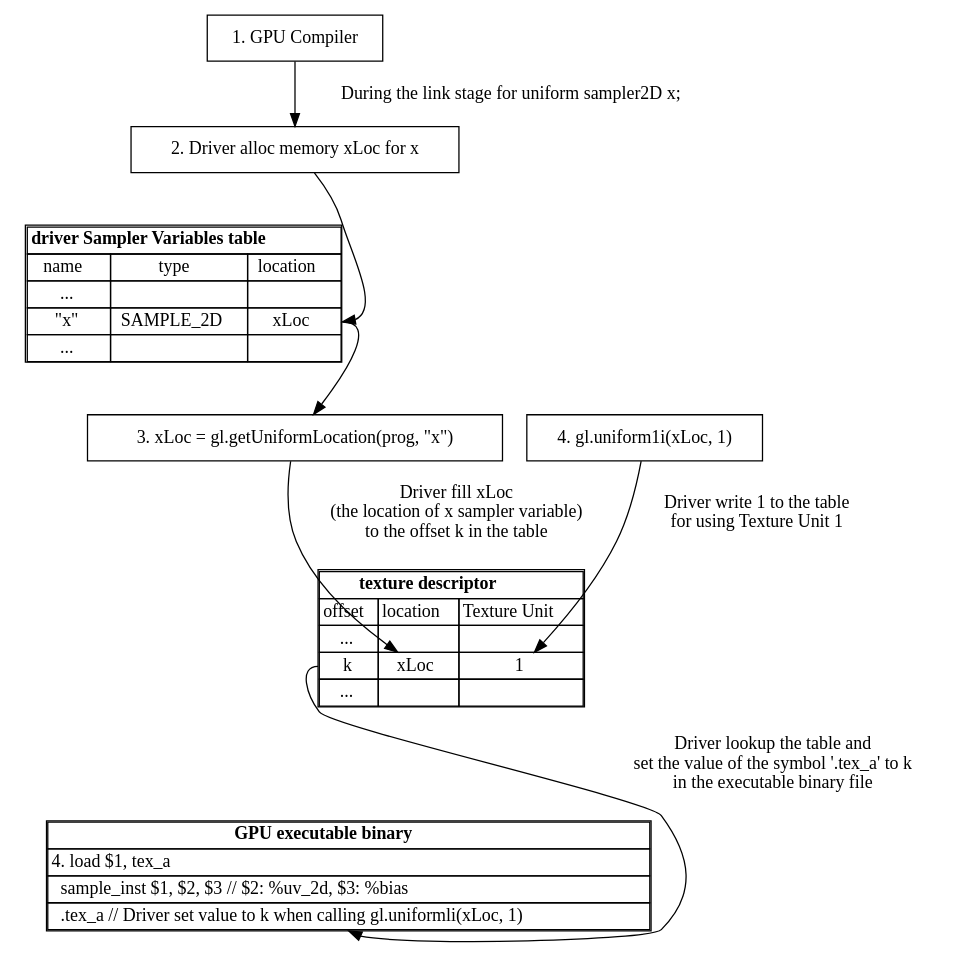
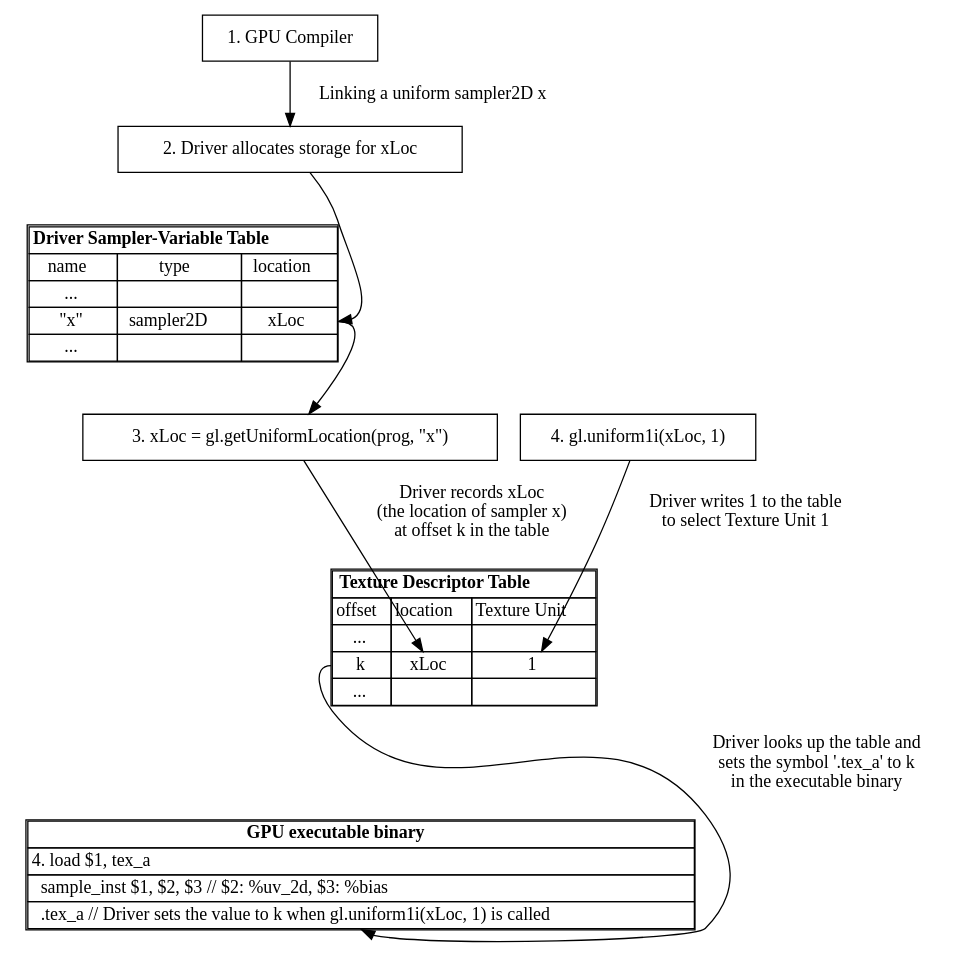
Before and after one commit to Jonathan2251/gpu: the diagram in Fig/opengl/driver-sampler-table.gv, drawn with Graphviz. The commit also changed 31 other files, not shown here.

```diff
--- a/Fig/opengl/driver-sampler-table.gv
+++ b/Fig/opengl/driver-sampler-table.gv
@@ -1,115 +1,115 @@
 digraph G {
     graph [rankdir=TB];
 
     // ---------------------
     // Node n1, n2, n3, n4
     // ---------------------
     n1 [shape=box, label="1. GPU Compiler"];
-    n2 [shape=box, label="2. Driver alloc memory xLoc for x"];
+    n2 [shape=box, label="2. Driver allocates storage for xLoc"];
     n3 [shape=box, label="3. xLoc = gl.getUniformLocation(prog, \"x\")"];
     n4 [shape=box, label="4. gl.uniform1i(xLoc, 1)"];
 
     // -------------------------
     // Table 1 (tbl1)
     // -------------------------
     tbl1 [
         shape=none
         label=<
         <TABLE BORDER="1" CELLBORDER="1" CELLSPACING="0">
-            <TR><TD COLSPAN="3"><B>driver Sampler Variables table</B></TD></TR>
+            <TR><TD COLSPAN="3"><B>Driver Sampler-Variable Table</B></TD></TR>
             <TR>
                 <TD PORT="r0c0">name</TD>
                 <TD PORT="r0c1">type</TD>
                 <TD PORT="r0c2">location</TD>
             </TR>
             <TR>
                 <TD PORT="r1c0">...</TD>
                 <TD PORT="r1c1"></TD>
                 <TD PORT="r1c2"></TD>
             </TR>
             <TR>
                 <TD PORT="r2c0">"x"</TD>
-                <TD PORT="r2c1">SAMPLE_2D</TD>
+                <TD PORT="r2c1">sampler2D</TD>
                 <TD PORT="r2c2">xLoc</TD>
             </TR>
             <TR>
                 <TD PORT="r3c0">...</TD>
                 <TD PORT="r3c1"></TD>
                 <TD PORT="r3c2"></TD>
             </TR>
         </TABLE>
         >
     ];
 
     // -------------------------
     // Table 2 (tbl2)
     // -------------------------
     tbl2 [
         shape=none
         label=<
         <TABLE BORDER="1" CELLBORDER="1" CELLSPACING="0">
-            <TR><TD COLSPAN="4"><B>texture descriptor</B></TD></TR>
+            <TR><TD COLSPAN="4"><B>Texture Descriptor Table</B></TD></TR>
             <TR>
                 <TD PORT="t0c0">offset</TD>
                 <TD PORT="t0c1">location</TD>
                 <TD PORT="t0c2">Texture Unit</TD>
             </TR>
             <TR>
                 <TD PORT="t1c0">...</TD>
                 <TD PORT="t1c1"></TD>
                 <TD PORT="t1c2"></TD>
             </TR>
             <TR>
                 <TD PORT="t2c0">k</TD>
                 <TD PORT="t2c1">xLoc</TD>
                 <TD PORT="t2c2">1</TD>
             </TR>
             <TR>
                 <TD PORT="t3c0">...</TD>
                 <TD PORT="t3c1"></TD>
                 <TD PORT="t3c2"></TD>
             </TR>
         </TABLE>
         >
     ];
 
     // -------------------------
     // Table 3 (tbl3)
     // -------------------------
     tbl3 [
         shape=none
         label=<
         <TABLE BORDER="1" CELLBORDER="1" CELLSPACING="0">
             <TR><TD COLSPAN="3"><B>GPU executable binary</B></TD></TR>
             <TR>
                 <TD PORT="u0c0" ALIGN="LEFT">4. load $1, tex_a</TD>
             </TR>
             <TR>
                 <TD PORT="u1c0" ALIGN="LEFT">   sample_inst $1, $2, $3 // $2: %uv_2d, $3: %bias</TD>
             </TR>
             <TR>
-                <TD PORT="u2c0" ALIGN="LEFT">   .tex_a // Driver set value to k when calling gl.uniformli(xLoc, 1)</TD>
+                <TD PORT="u2c0" ALIGN="LEFT">   .tex_a // Driver sets the value to k when gl.uniform1i(xLoc, 1) is called</TD>
             </TR>
         </TABLE>
         >
     ];
 
     // -------------------------
     // Edges
     // -------------------------
 
     // n1 -> n2 -> tbl1(2,2)
-    n1 -> n2 [label="During the link stage for uniform sampler2D x;"];
+    n1 -> n2 [label="Linking a uniform sampler2D x"];
     n2 -> tbl1:r2c2;
 
     // tbl1(2,2) -> n3
     tbl1:r2c2 -> n3;
 
-    n3 -> tbl2:t2c1 [label="Driver fill xLoc \n(the location of x sampler variable)\n to the offset k in the table"];
+    n3 -> tbl2:t2c1 [label="Driver records xLoc\n(the location of sampler x)\nat offset k in the table"];
 
     // n4 -> right side of tbl2 (choose last column: row 2 col 2)
-    n4 -> tbl2:t2c2 [label="Driver write 1 to the table\nfor using Texture Unit 1"];
+    n4 -> tbl2:t2c2 [label="Driver writes 1 to the table\nto select Texture Unit 1"];
 
     // tbl2(2,0) -> tb3(2,0)
-    tbl2:t2c0 -> tbl3:u2c0 [label="Driver lookup the table and \nset the value of the symbol '.tex_a' to k \nin the executable binary file"];
+    tbl2:t2c0 -> tbl3:u2c0 [label="Driver looks up the table and\nsets the symbol '.tex_a' to k\nin the executable binary"];
 }
```
